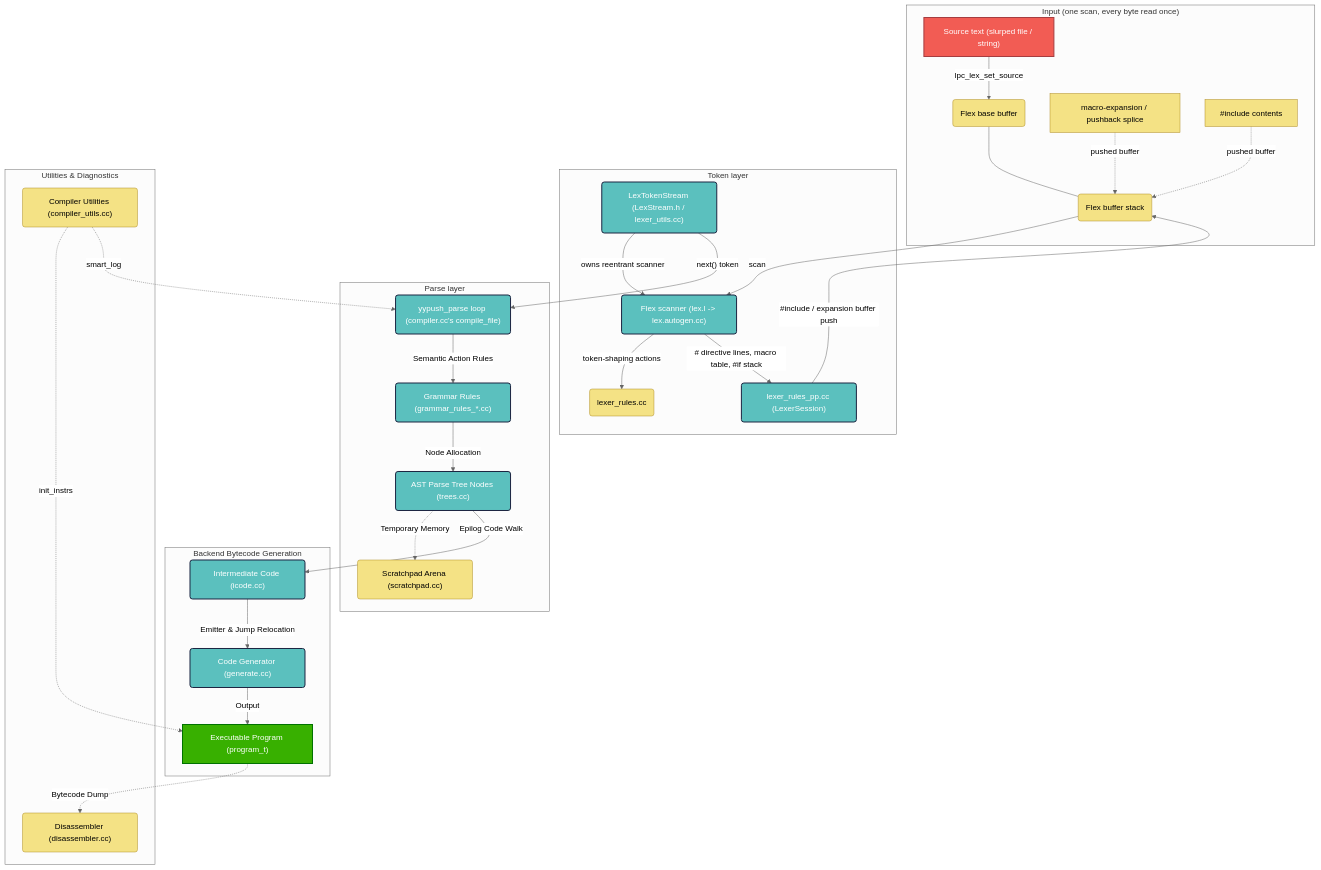
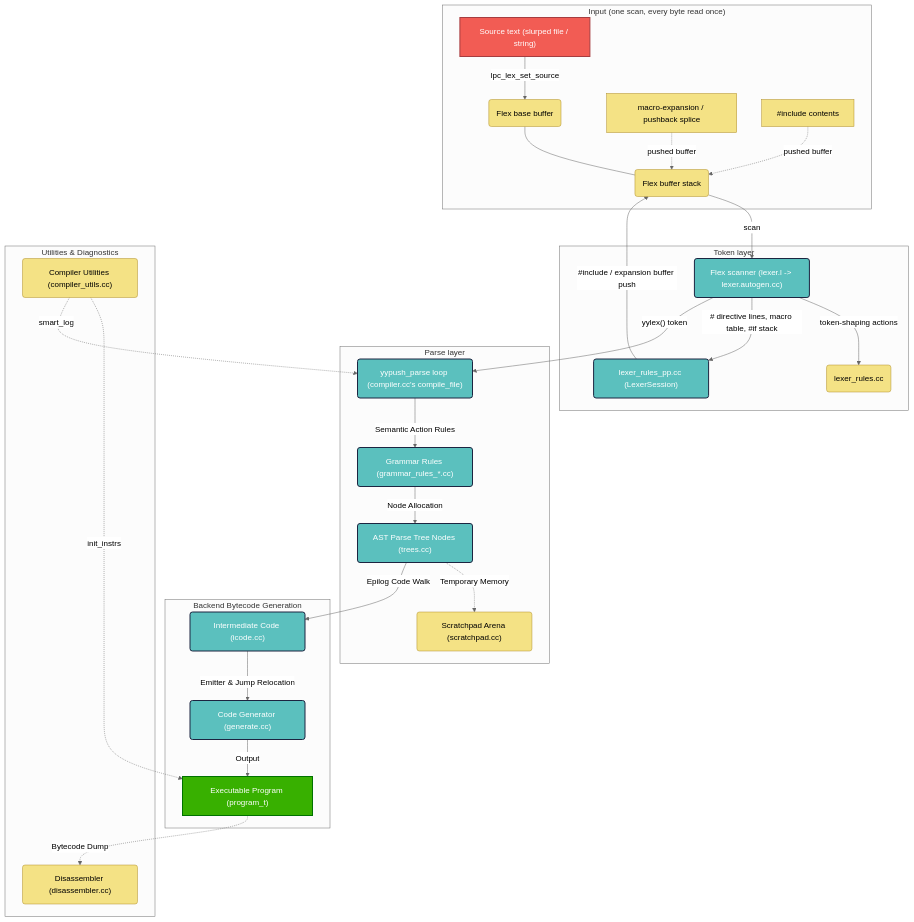
Before and after one commit to fluffos/fluffos: the diagram in src/compiler/internal/README.md, drawn with Mermaid (neutral theme). The commit also changed other lines of this file and 41 other files, not shown here.

````diff
--- a/src/compiler/internal/README.md
+++ b/src/compiler/internal/README.md
@@ -11,46 +11,45 @@
 ```mermaid
 graph TB
     subgraph "Input (one scan, every byte read once)"
         A["Source text (slurped file / string)"] -->|lpc_lex_set_source| BASE("Flex base buffer")
         MACRO["macro-expansion / pushback splice"] -.->|pushed buffer| STACK("Flex buffer stack")
         INC["#include contents"] -.->|pushed buffer| STACK
         BASE --- STACK
     end
 
     subgraph "Token layer"
-        STACK -->|scan| LEX("Flex scanner (lex.l -> lex.autogen.cc)")
+        STACK -->|scan| LEX("Flex scanner (lexer.l -> lexer.autogen.cc)")
         LEX -->|"token-shaping actions"| LR("lexer_rules.cc")
         LEX -->|"# directive lines, macro table, #if stack"| LRPP("lexer_rules_pp.cc (LexerSession)")
         LRPP -->|"#include / expansion buffer push"| STACK
-        LTS("LexTokenStream (LexStream.h / lexer_utils.cc)") -->|"owns reentrant scanner"| LEX
     end
 
     subgraph "Parse layer"
-        LTS -->|"next() token"| PARSE("yypush_parse loop (compiler.cc's compile_file)")
+        LEX -->|"yylex() token"| PARSE("yypush_parse loop (compiler.cc's compile_file)")
         PARSE -->|Semantic Action Rules| GR("Grammar Rules (grammar_rules_*.cc)")
         GR -->|Node Allocation| TREE("AST Parse Tree Nodes (trees.cc)")
         TREE -.->|Temporary Memory| SCRATCH("Scratchpad Arena (scratchpad.cc)")
     end
 
     subgraph "Backend Bytecode Generation"
         TREE -->|Epilog Code Walk| ICODE("Intermediate Code (icode.cc)")
         ICODE -->|Emitter & Jump Relocation| GEN("Code Generator (generate.cc)")
         GEN -->|Output| PROG["Executable Program (program_t)"]
     end
 
     subgraph "Utilities & Diagnostics"
         PROG -.->|Bytecode Dump| DIS("Disassembler (disassembler.cc)")
         CU("Compiler Utilities (compiler_utils.cc)") -.->|init_instrs| PROG
         CU -.->|smart_log| PARSE
     end
 
     classDef main fill:#5bc0be,stroke:#1c2541,stroke-width:2px,color:#fff;
     classDef util fill:#f4e285,stroke:#b08e28,stroke-width:1px,color:#000;
     classDef start fill:#f25c54,stroke:#a63d40,stroke-width:2px,color:#fff;
     classDef result fill:#38b000,stroke:#007200,stroke-width:2px,color:#fff;
 
     class A start;
     class PROG result;
-    class LTS,LEX,LRPP,PARSE,GR,TREE,ICODE,GEN main;
+    class LEX,LRPP,PARSE,GR,TREE,ICODE,GEN main;
     class BASE,STACK,LR,MACRO,INC,SCRATCH,DIS,CU util;
 ```
````
